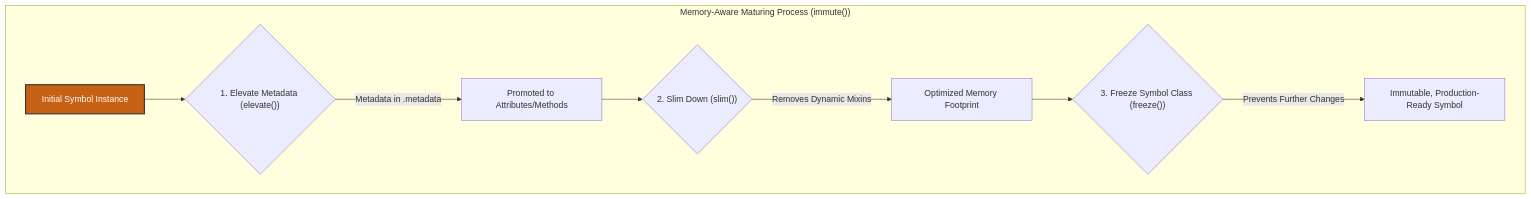
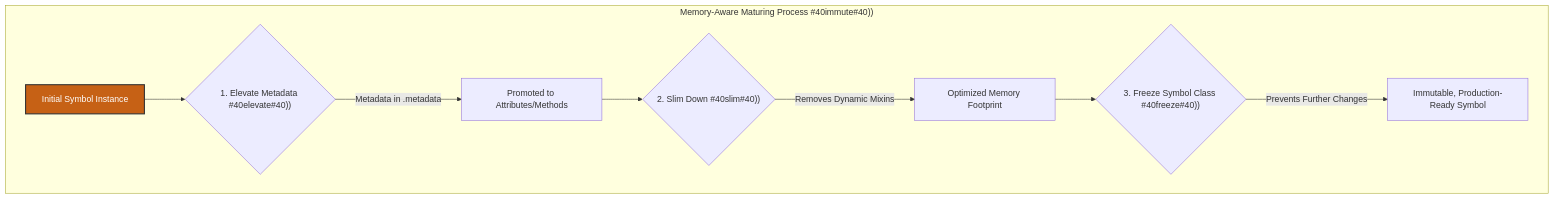
Before and after one commit to ikko/sym: the diagram in docs/readme_details/6_memory_aware_maturing/maturing_process.mmd, drawn with Mermaid. The commit also changed 38 other files, not shown here.

Commit message:
mermaids maybe fixed

```diff
--- a/docs/readme_details/6_memory_aware_maturing/maturing_process.mmd
+++ b/docs/readme_details/6_memory_aware_maturing/maturing_process.mmd
@@ -1,12 +1,12 @@
 graph TD
-    subgraph "Memory-Aware Maturing Process #40;immute#40;#41;#41;"
-        A[Initial Symbol Instance] --> B{1. Elevate Metadata #40;elevate#40;#41;#41;};
+    subgraph "Memory-Aware Maturing Process #40immute#40#41;#41;"
+        A[Initial Symbol Instance] --> B{1. Elevate Metadata #40elevate#40#41;#41;};
         B -- "Metadata in .metadata" --> C[Promoted to Attributes/Methods];
-        C --> D{2. Slim Down #40;slim#40;#41;#41;};
+        C --> D{2. Slim Down #40slim#40#41;#41;};
         D -- "Removes Dynamic Mixins" --> E[Optimized Memory Footprint];
-        E --> F{3. Freeze Symbol Class #40;freeze#40;#41;#41;};
+        E --> F{3. Freeze Symbol Class #40freeze#40#41;#41;};
         F -- "Prevents Further Changes" --> G[Immutable, Production-Ready Symbol];
     end
 
 
     style A fill:#c66115,stroke:#333,stroke-width:2px,color:#FFFFFF;
```
